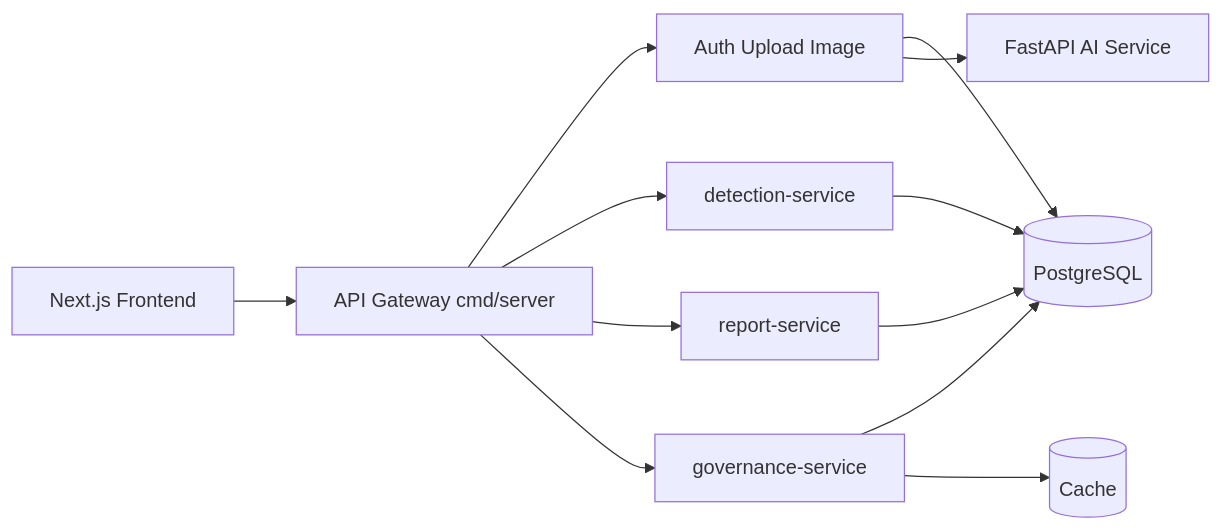
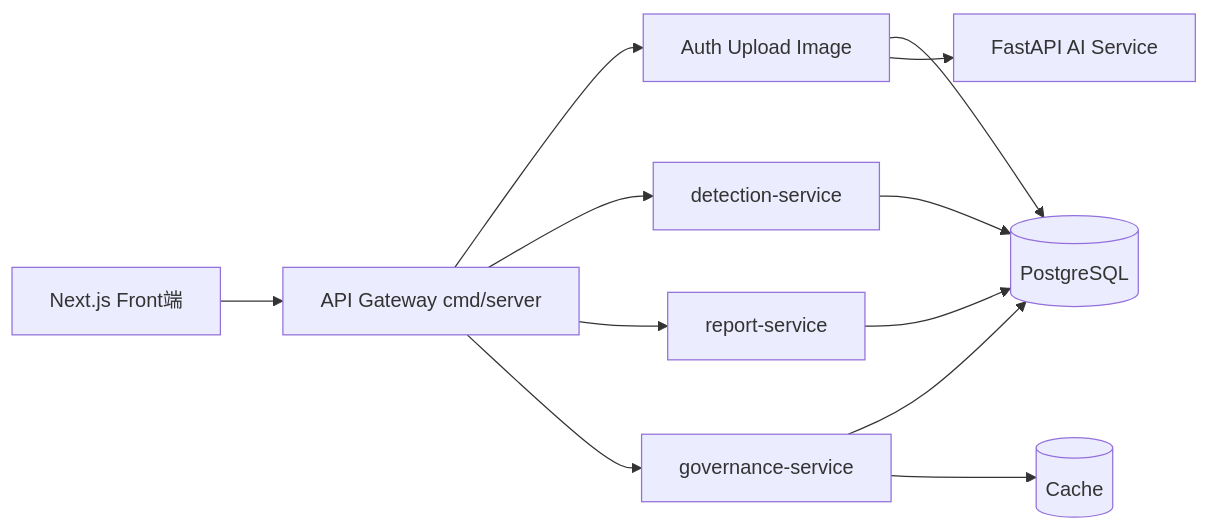
One commit to laixinyu/cancer-detection-system changed the first of 2 diagrams in README.md. Above: the diagram before and after it, drawn with Mermaid. The commit also changed other lines of this file and 65 other files, not shown here.

Commit message:
docs: convert README to Chinese and simplify architecture diagrams

````diff
--- a/README.md
+++ b/README.md
@@ -37,14 +37,14 @@
 ```mermaid
 flowchart LR
-  FE[Next.js Frontend] --> GW[API Gateway cmd/server]
+  FE[Next.js Front端] --> GW[API Gateway cmd/server]
   GW --> AUTH[Auth Upload Image]
   GW --> DET[detection-service]
   GW --> REP[report-service]
   GW --> GOV[governance-service]
   AUTH --> DB[(PostgreSQL)]
   DET --> DB
   REP --> DB
   GOV --> DB
   GOV --> CACHE[(Cache)]
   AUTH --> AI[FastAPI AI Service]
 ```
````
